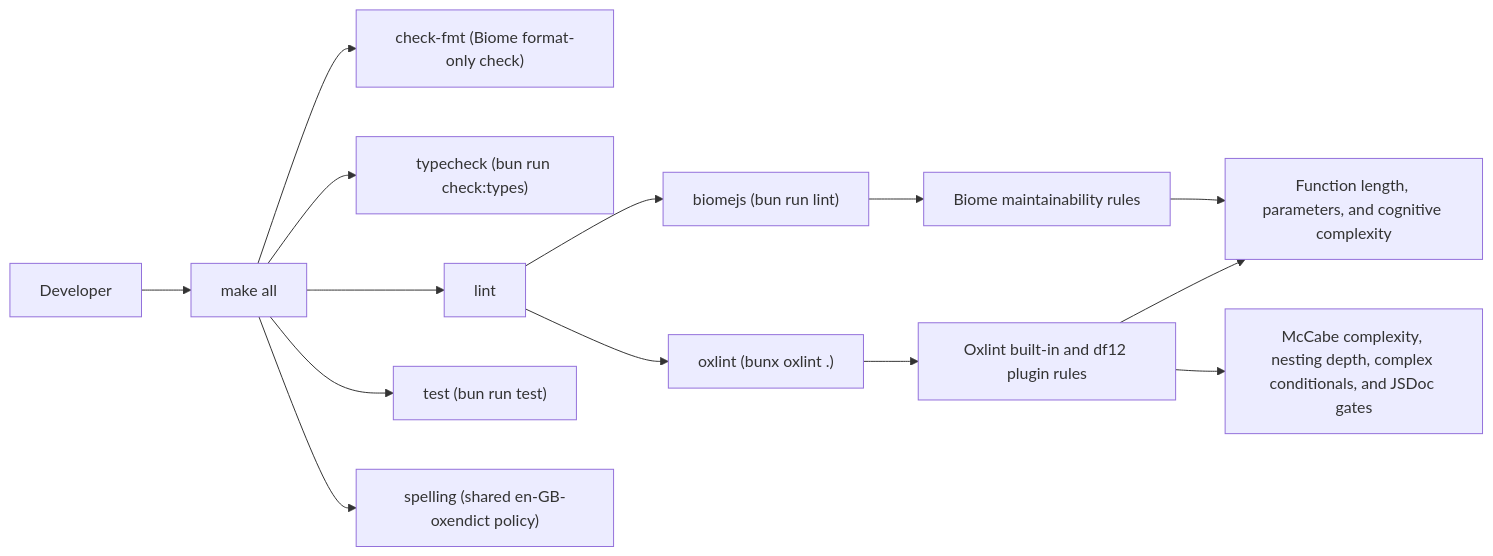
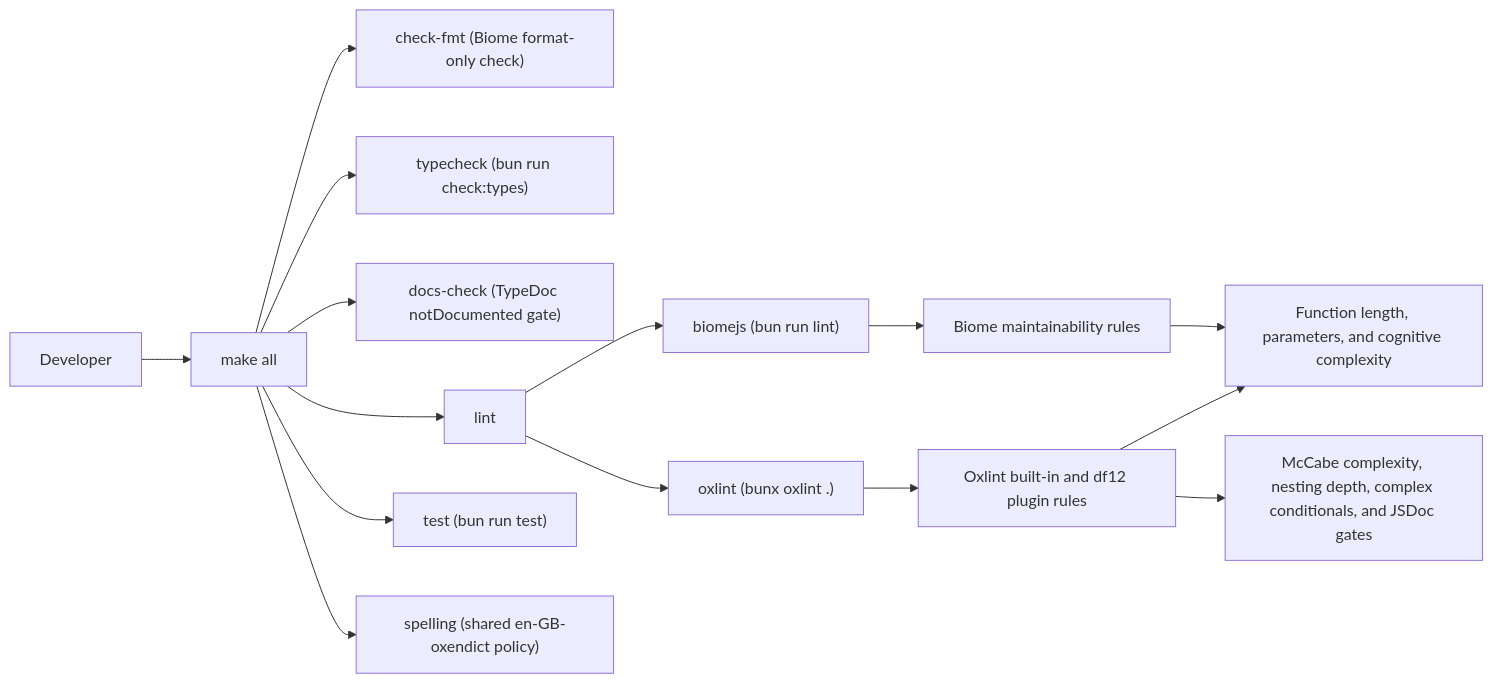
The diagram in docs/development.md (leynos/simulacat-core), drawn with Mermaid before and after one commit. The commit also changed other lines of this file and 24 other files, not shown here.

First line of the commit message:
Add a zero-tolerance TypeDoc documentation gate (#58)

````diff
--- a/docs/development.md
+++ b/docs/development.md
@@ -100,19 +172,20 @@
 ```mermaid
 flowchart LR
   Developer[Developer] --> make_all[make all]
 
   make_all --> check_fmt["check-fmt (Biome format-only check)"]
   make_all --> typecheck["typecheck (bun run check:types)"]
+  make_all --> docs_check["docs-check (TypeDoc notDocumented gate)"]
   make_all --> lint[lint]
   make_all --> test["test (bun run test)"]
   make_all --> spelling["spelling (shared en-GB-oxendict policy)"]
 
   lint --> biomejs["biomejs (bun run lint)"]
   lint --> oxlint["oxlint (bunx oxlint .)"]
 
   biomejs --> biome_rules[Biome maintainability rules]
   oxlint --> oxlint_rules[Oxlint built-in and df12 plugin rules]
   biome_rules --> gates[Function length, parameters, and cognitive complexity]
   oxlint_rules --> gates
   oxlint_rules --> jsdoc_gates[McCabe complexity, nesting depth, complex conditionals, and JSDoc gates]
 ```
````
